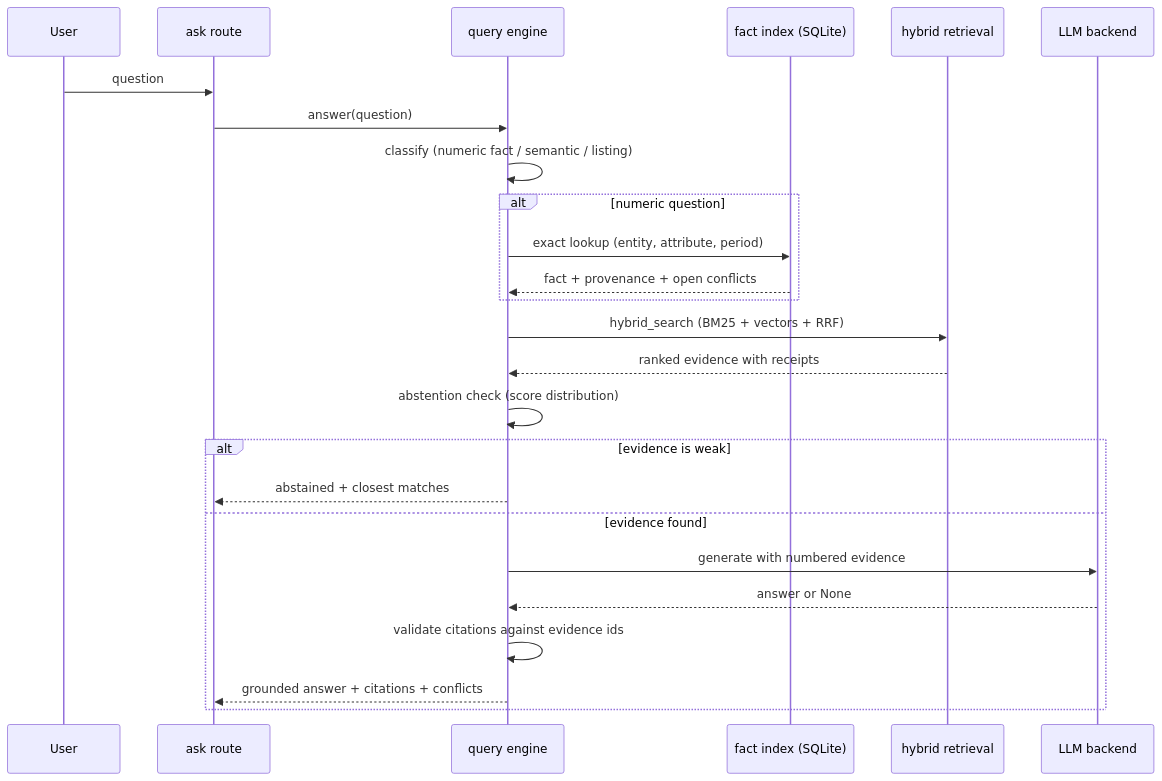
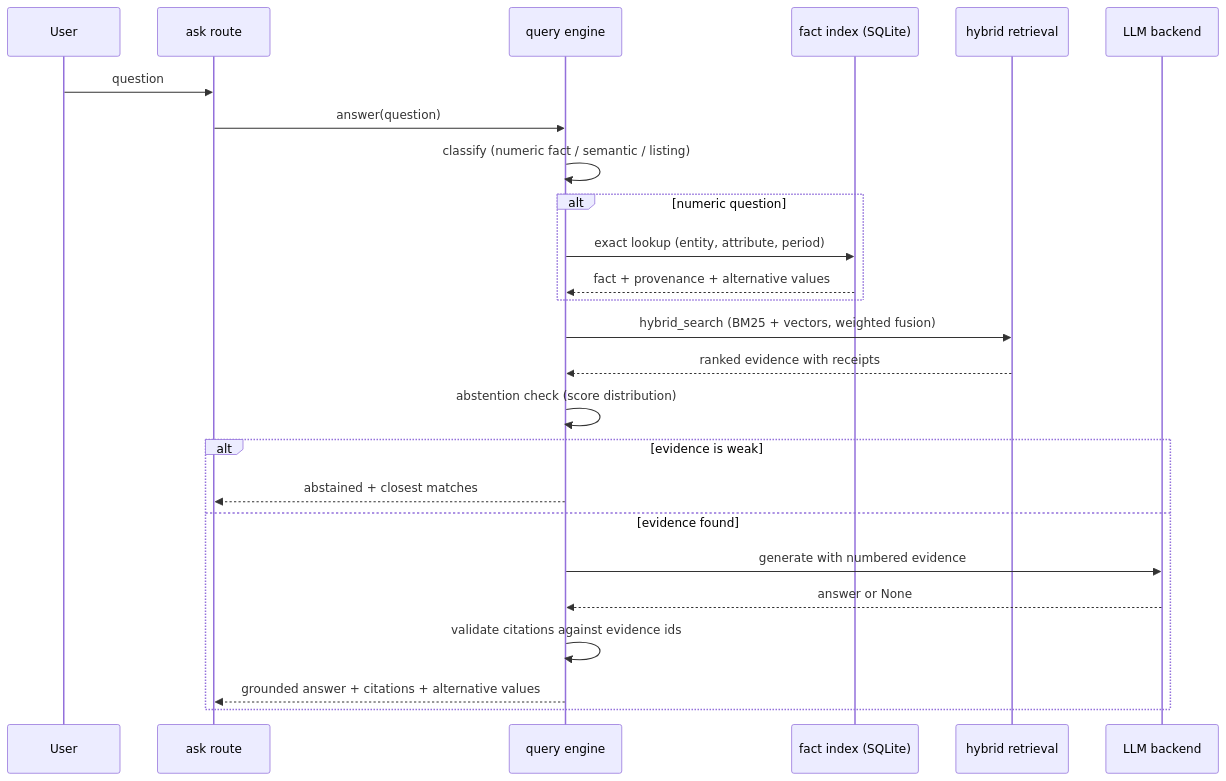
Before and after one commit to SpreadSheets600/CMPDI-Intelligence: the third of 5 diagrams in docs/ARCHITECTURE.md, drawn with Mermaid. The commit also changed other lines of this file and 1 other file, not shown here.

Commit message:
docs: update README and ARCHITECTURE for landing page, unified Ask, filters, Lucide icons and markdown-to-DOCX reports

````diff
--- a/docs/ARCHITECTURE.md
+++ b/docs/ARCHITECTURE.md
@@ -144,28 +158,28 @@
 ```mermaid
 sequenceDiagram
     participant U as User
     participant API as ask route
     participant Q as query engine
     participant F as fact index (SQLite)
     participant R as hybrid retrieval
     participant L as LLM backend
 
     U->>API: question
     API->>Q: answer(question)
     Q->>Q: classify (numeric fact / semantic / listing)
     alt numeric question
         Q->>F: exact lookup (entity, attribute, period)
-        F-->>Q: fact + provenance + open conflicts
+        F-->>Q: fact + provenance + alternative values
     end
-    Q->>R: hybrid_search (BM25 + vectors + RRF)
+    Q->>R: hybrid_search (BM25 + vectors, weighted fusion)
     R-->>Q: ranked evidence with receipts
     Q->>Q: abstention check (score distribution)
     alt evidence is weak
         Q-->>API: abstained + closest matches
     else evidence found
         Q->>L: generate with numbered evidence
         L-->>Q: answer or None
         Q->>Q: validate citations against evidence ids
-        Q-->>API: grounded answer + citations + conflicts
+        Q-->>API: grounded answer + citations + alternative values
     end
 ```
````
